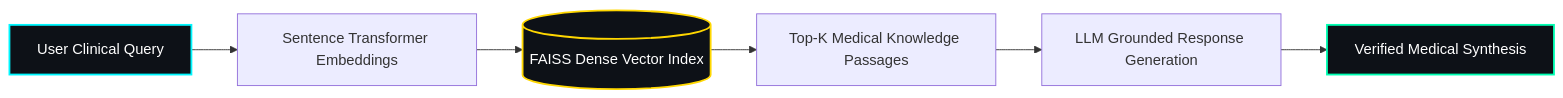
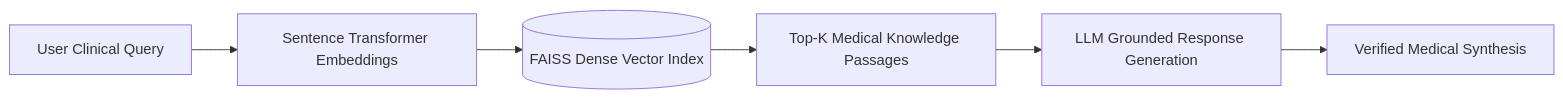
One commit to AnmolRajpoot25/AnmolRajpoot25 changed the fourth of 7 diagrams in README.md. Above: the diagram before and after it, drawn with Mermaid. The commit also changed other lines of this file, not shown here.

````diff
--- a/README.md
+++ b/README.md
@@ -156,12 +140,8 @@
 ```mermaid
 flowchart LR
     UQ["User Clinical Query"] --> ST["Sentence Transformer Embeddings"]
     ST --> FAISS[("FAISS Dense Vector Index")]
     FAISS --> CTX["Top-K Medical Knowledge Passages"]
     CTX --> LLM["LLM Grounded Response Generation"]
     LLM --> OUT["Verified Medical Synthesis"]
-
-    style UQ fill:#0d1117,stroke:#00F7FF,stroke-width:2px,color:#fff
-    style FAISS fill:#0d1117,stroke:#FFD700,stroke-width:2px,color:#fff
-    style OUT fill:#0d1117,stroke:#00FFB3,stroke-width:2px,color:#fff
 ```
````
